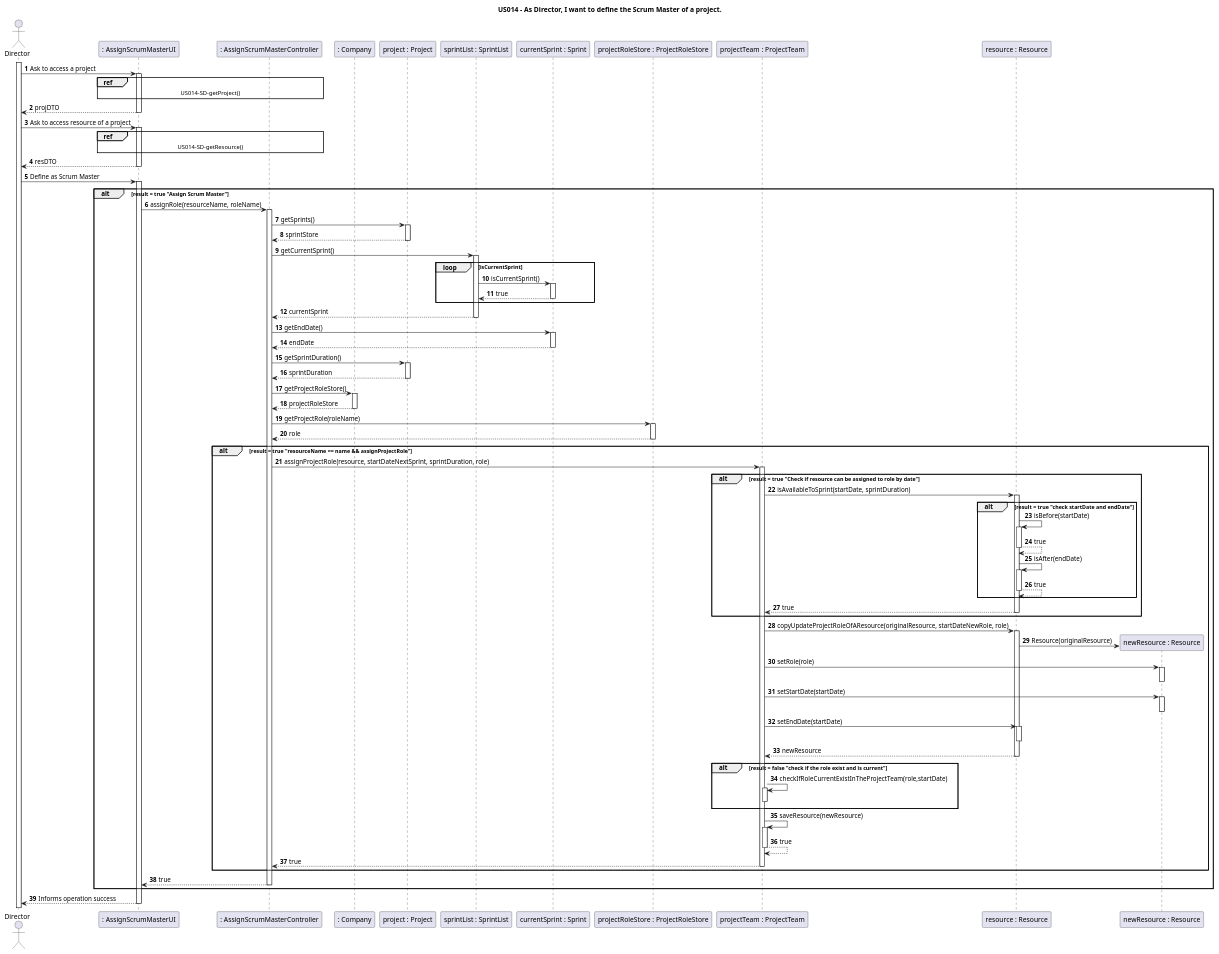
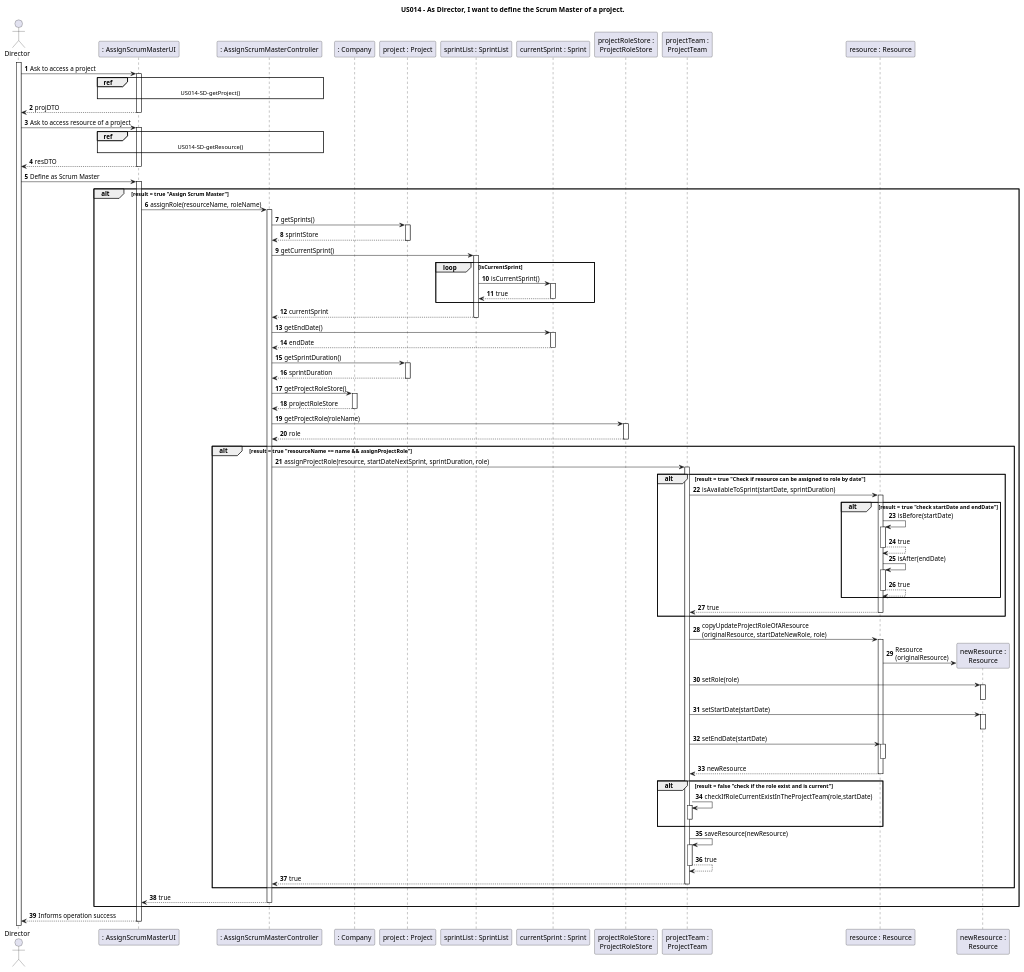
Before and after one commit to nunogon1211787/projectManagement: the diagram in docs/Sprint2/US014/US014-SD.puml, drawn with PlantUML. The commit also changed 5 other files, not shown here.

```diff
--- a/docs/Sprint2/US014/US014-SD.puml
+++ b/docs/Sprint2/US014/US014-SD.puml
@@ -1,82 +1,82 @@
 @startuml
 
 title "US014 - As Director, I want to define the Scrum Master of a project."
 
 autoactivate on
 autonumber
 
 actor "Director" as Director
 participant ": AssignScrumMasterUI" as UI
 participant ": AssignScrumMasterController" as Controller
 participant ": Company" as Company
 participant "project : Project" as Project
 participant "sprintList : SprintList" as SprintList
 participant "currentSprint : Sprint" as Sprint
-participant "projectRoleStore : ProjectRoleStore" as ProjectRoleStore
-participant "projectTeam : ProjectTeam" as ProjectTeam
+participant "projectRoleStore :\nProjectRoleStore" as ProjectRoleStore
+participant "projectTeam :\nProjectTeam" as ProjectTeam
 participant "resource : Resource" as OriginalResource
-participant "newResource : Resource" as newResource
+participant "newResource :\nResource" as newResource
 
 activate Director
 
 Director -> UI: Ask to access a project
     ref over UI, Controller : US014-SD-getProject()
 UI --> Director: projDTO
 
 Director -> UI: Ask to access resource of a project
     ref over UI, Controller : US014-SD-getResource()
 return resDTO
 
 Director -> UI: Define as Scrum Master
 alt result = true "Assign Scrum Master"
     UI -> Controller: assignRole(resourceName, roleName)
     Controller -> Project: getSprints()
     return sprintStore
     Controller -> SprintList: getCurrentSprint()
         loop isCurrentSprint
             SprintList -> Sprint: isCurrentSprint()
             return true
         end
     return currentSprint
     Controller -> Sprint: getEndDate()
     return endDate
     Controller -> Project: getSprintDuration()
     return sprintDuration
     Controller -> Company: getProjectRoleStore()
     return projectRoleStore
     Controller -> ProjectRoleStore: getProjectRole(roleName)
     return role
         alt result = true "resourceName == name && assignProjectRole"
             Controller -> ProjectTeam: assignProjectRole(resource, startDateNextSprint, sprintDuration, role)
             alt result = true "Check if resource can be assigned to role by date"
             ProjectTeam -> OriginalResource: isAvailableToSprint(startDate, sprintDuration)
                 alt result = true "check startDate and endDate"
                 OriginalResource -> OriginalResource: isBefore(startDate)
                 return true
                 OriginalResource -> OriginalResource: isAfter(endDate)
                 return true
                 end
             return true
             end
-            ProjectTeam -> OriginalResource: copyUpdateProjectRoleOfAResource(originalResource, startDateNewRole, role)
-            OriginalResource -> newResource**: Resource(originalResource)
+            ProjectTeam -> OriginalResource: copyUpdateProjectRoleOfAResource\n(originalResource, startDateNewRole, role)
+            OriginalResource -> newResource**: Resource\n(originalResource)
                 ProjectTeam -> newResource: setRole(role)
                 deactivate
                 ProjectTeam -> newResource: setStartDate(startDate)
                 deactivate
                 ProjectTeam -> OriginalResource: setEndDate(startDate)
                 deactivate
             return newResource
             alt result = false "check if the role exist and is current"
                     ProjectTeam -> ProjectTeam: checkIfRoleCurrentExistInTheProjectTeam(role,startDate)
                     deactivate
             end
                     ProjectTeam -> ProjectTeam: saveResource(newResource)
                     return true
         return true
         end
     return true
 end
 return Informs operation success
 
 @enduml
```
